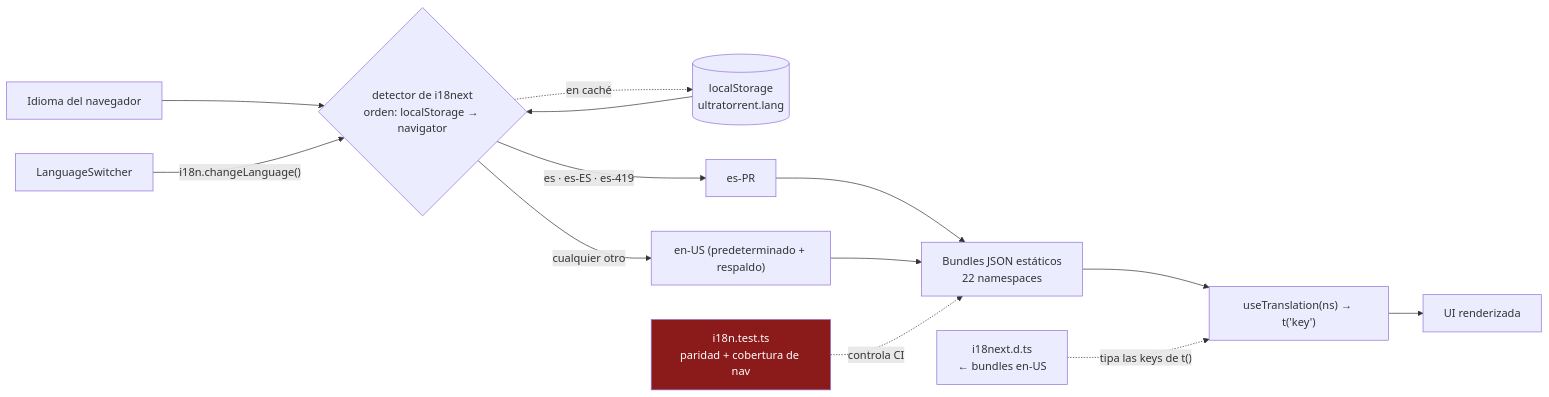
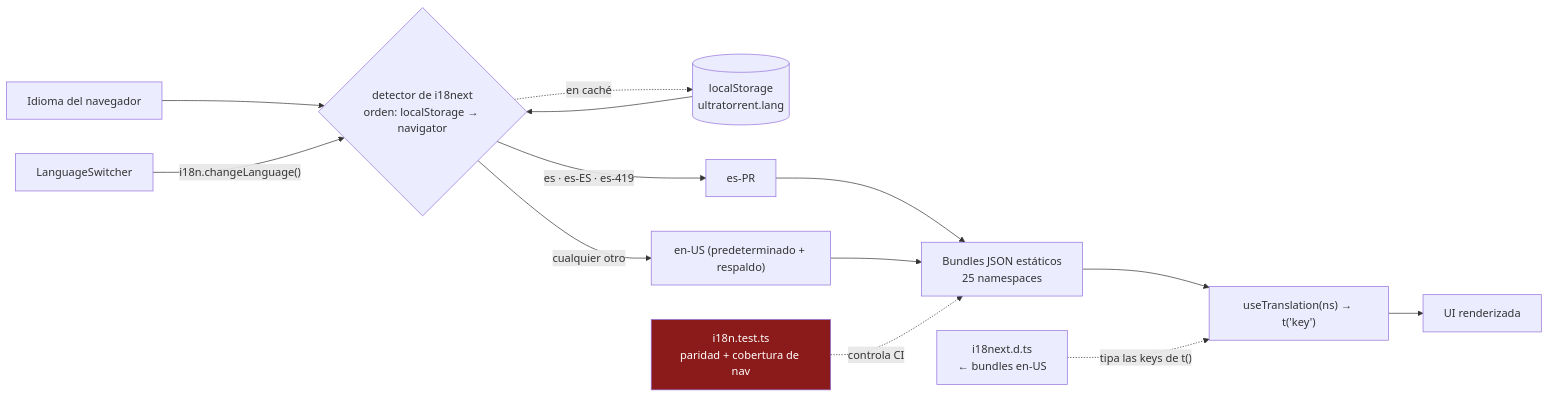
One commit to damirabal/ultratorrent-core changed the diagram in website/i18n/es-PR/docusaurus-plugin-content-docs/current/develop/i18n.md. Above: the diagram before and after it, drawn with Mermaid. The commit also changed other lines of this file and 63 other files, not shown here.

````diff
--- a/website/i18n/es-PR/docusaurus-plugin-content-docs/current/develop/i18n.md
+++ b/website/i18n/es-PR/docusaurus-plugin-content-docs/current/develop/i18n.md
@@ -161,20 +161,20 @@
 ```mermaid
 flowchart LR
   BROWSER["Idioma del navegador"] --> DET{"detector de i18next<br/>orden: localStorage → navigator"}
   LS[("localStorage<br/>ultratorrent.lang")] --> DET
   DET -->|"es · es-ES · es-419"| ESPR["es-PR"]
   DET -->|"cualquier otro"| ENUS["en-US (predeterminado + respaldo)"]
 
-  ESPR --> BUNDLE["Bundles JSON estáticos<br/>22 namespaces"]
+  ESPR --> BUNDLE["Bundles JSON estáticos<br/>25 namespaces"]
   ENUS --> BUNDLE
   BUNDLE --> T["useTranslation(ns) → t('key')"]
   T --> UI["UI renderizada"]
 
   SW["LanguageSwitcher"] -->|"i18n.changeLanguage()"| DET
   DET -.->|"en caché"| LS
 
   TYPE["i18next.d.ts<br/>← bundles en-US"] -.->|"tipa las keys de t()"| T
   TEST["i18n.test.ts<br/>paridad + cobertura de nav"] -.->|"controla CI"| BUNDLE
 
   style TEST fill:#8b1a1a,color:#fff
 ```
````
